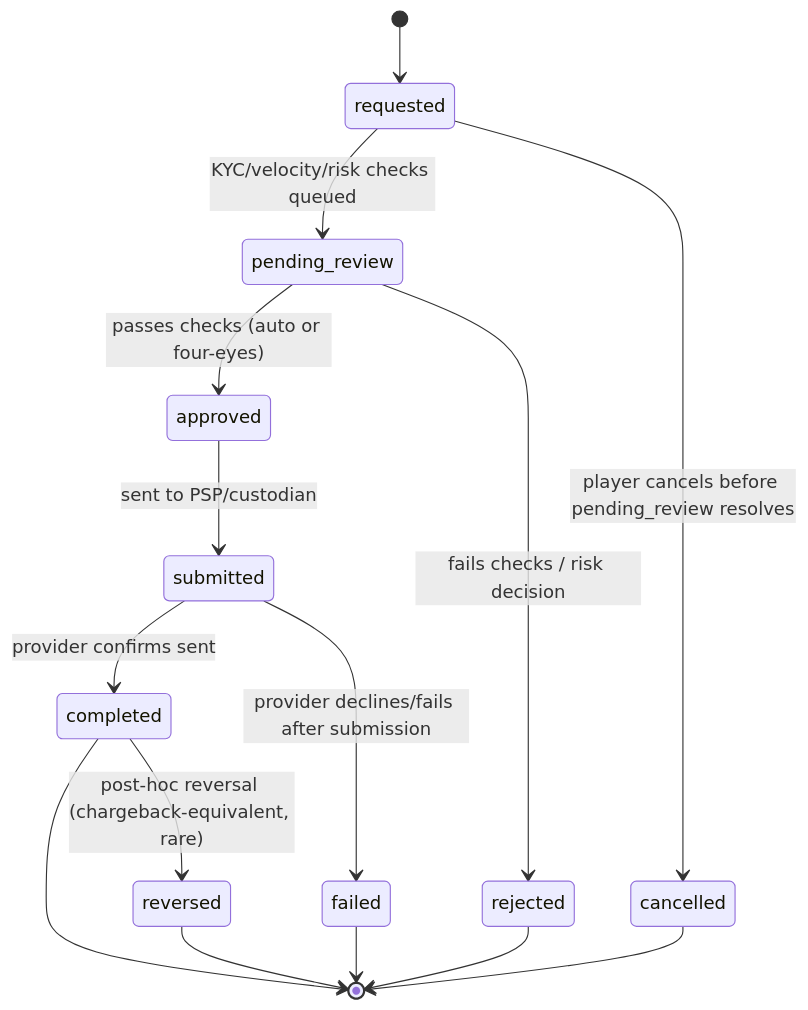
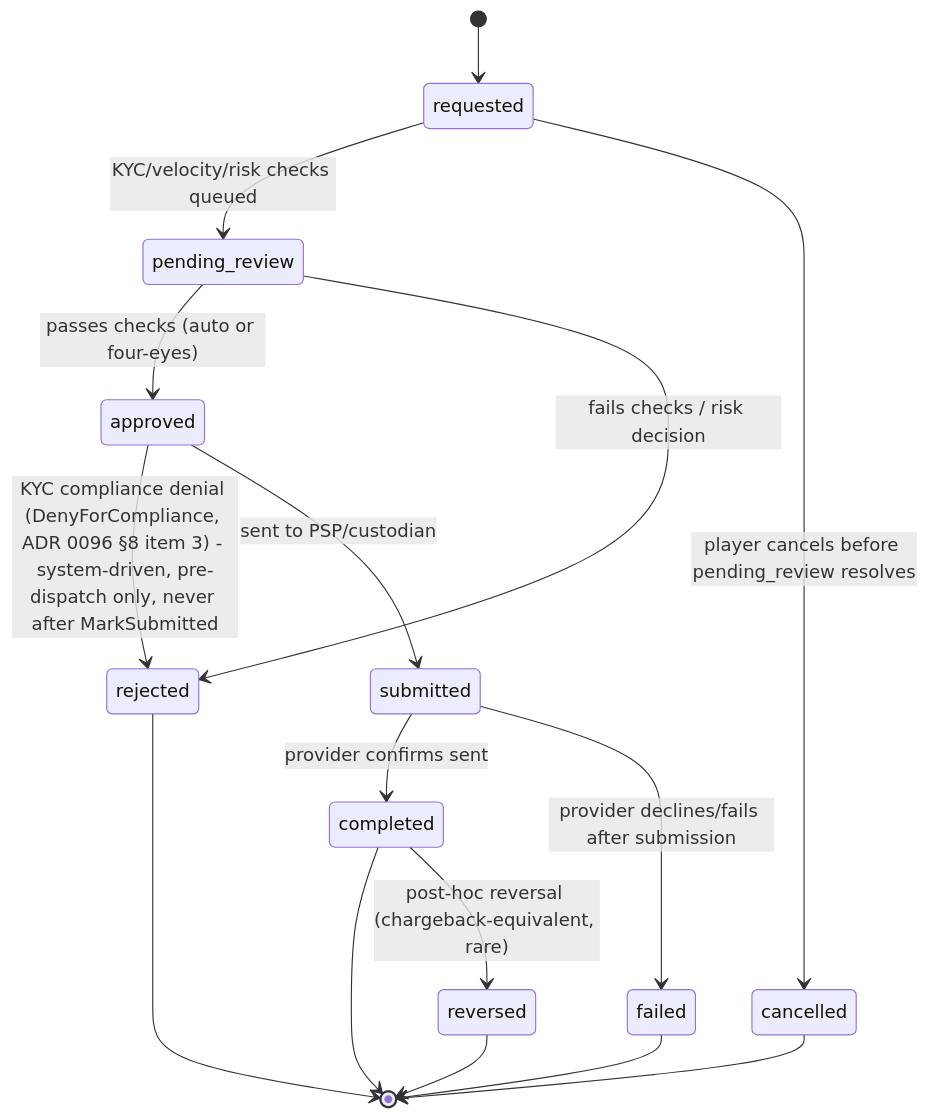
One commit to Diansalas/igaming-platform changed the diagram in docs/architecture/withdrawal-state-machine.md. Above: the diagram before and after it, drawn with Mermaid. The commit also changed other lines of this file and 4 other files, not shown here.

First line of the commit message:
docs: ADR 0096 fix-round-2 record; PRH-I3/KYC-ENFORCE-1 relabelled PARTIALLY IMPLEMENTED

````diff
--- a/docs/architecture/withdrawal-state-machine.md
+++ b/docs/architecture/withdrawal-state-machine.md
@@ -24,17 +24,18 @@
 ```mermaid
 stateDiagram-v2
     [*] --> requested
     requested --> pending_review: KYC/velocity/risk checks queued
     pending_review --> approved: passes checks (auto or four-eyes)
     pending_review --> rejected: fails checks / risk decision
+    approved --> rejected: KYC compliance denial (DenyForCompliance, ADR 0096 §8 item 3) - system-driven, pre-dispatch only, never after MarkSubmitted
     approved --> submitted: sent to PSP/custodian
     submitted --> completed: provider confirms sent
     submitted --> failed: provider declines/fails after submission
     requested --> cancelled: player cancels before pending_review resolves
     rejected --> [*]
     completed --> [*]
     failed --> [*]
     cancelled --> [*]
     completed --> reversed: post-hoc reversal (chargeback-equivalent, rare)
     reversed --> [*]
 ```
````
